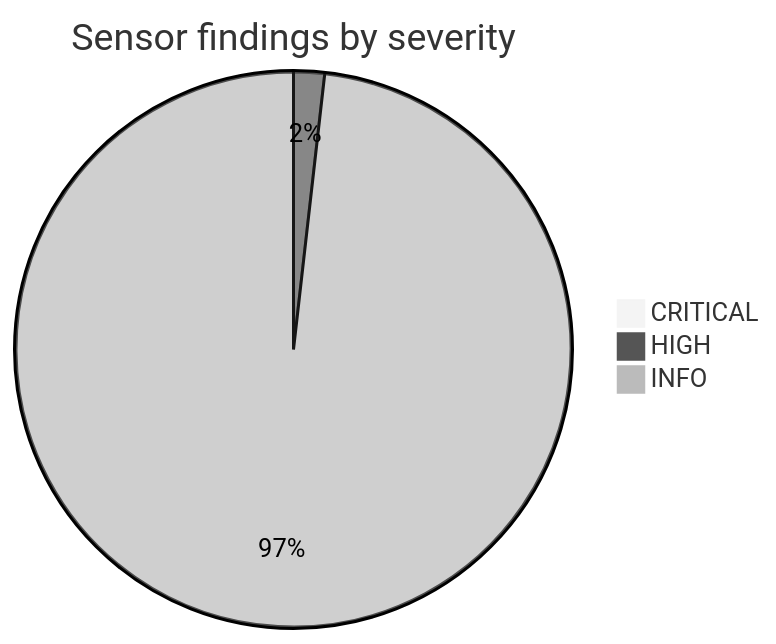
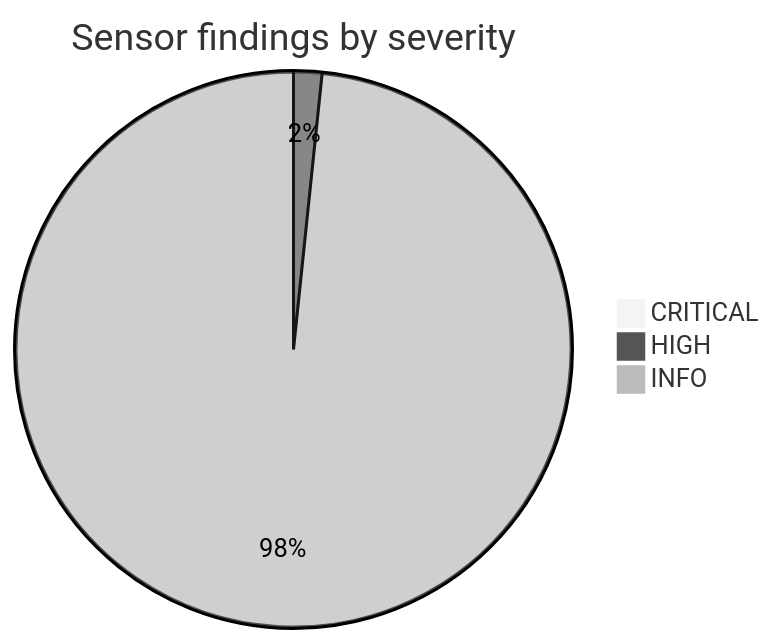
Before and after one commit to Cosmian/kms: the first of 5 diagrams in documentation/docs/certifications_and_compliance/audit/crypto_inventory.md, drawn with Mermaid (neutral theme). The commit also changed other lines of this file and 288 other files, not shown here.

````diff
--- a/documentation/docs/certifications_and_compliance/audit/crypto_inventory.md
+++ b/documentation/docs/certifications_and_compliance/audit/crypto_inventory.md
@@ -66,6 +65,6 @@
     ```mermaid
     pie title Sensor findings by severity
     "CRITICAL" : 21
-    "HIGH" : 40
-    "INFO" : 2185
+    "HIGH" : 41
+    "INFO" : 2449
     ```
````
